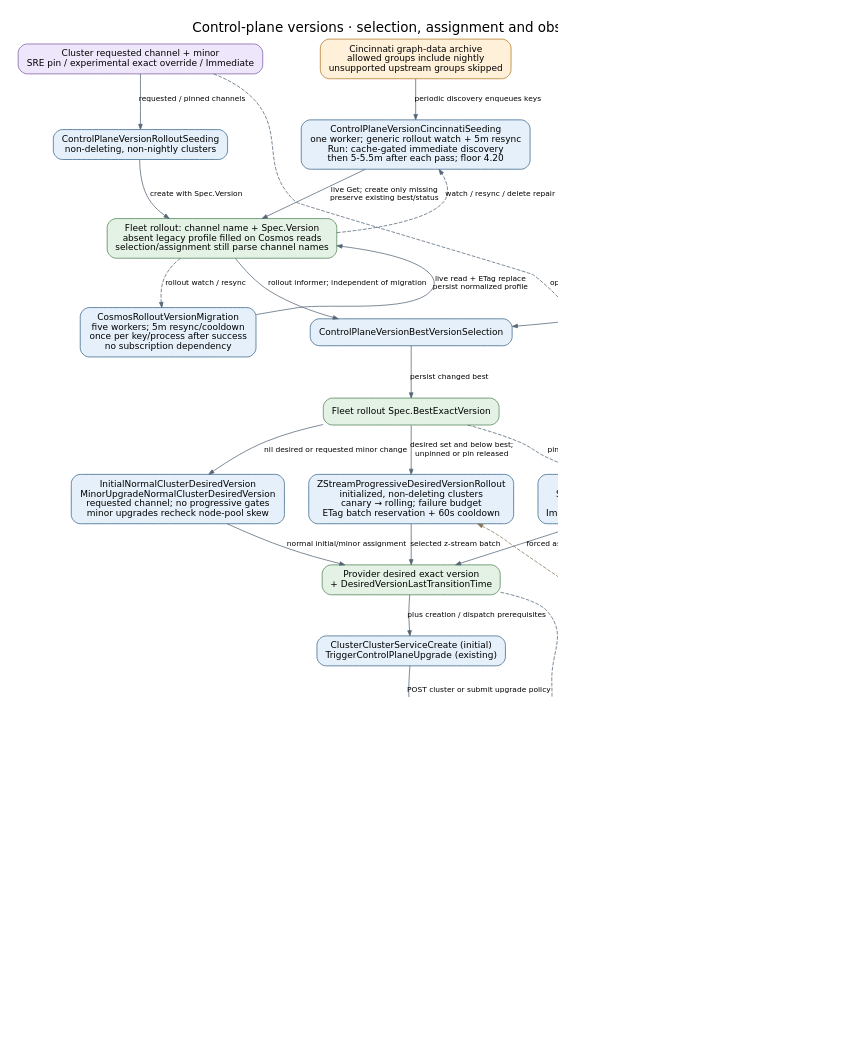
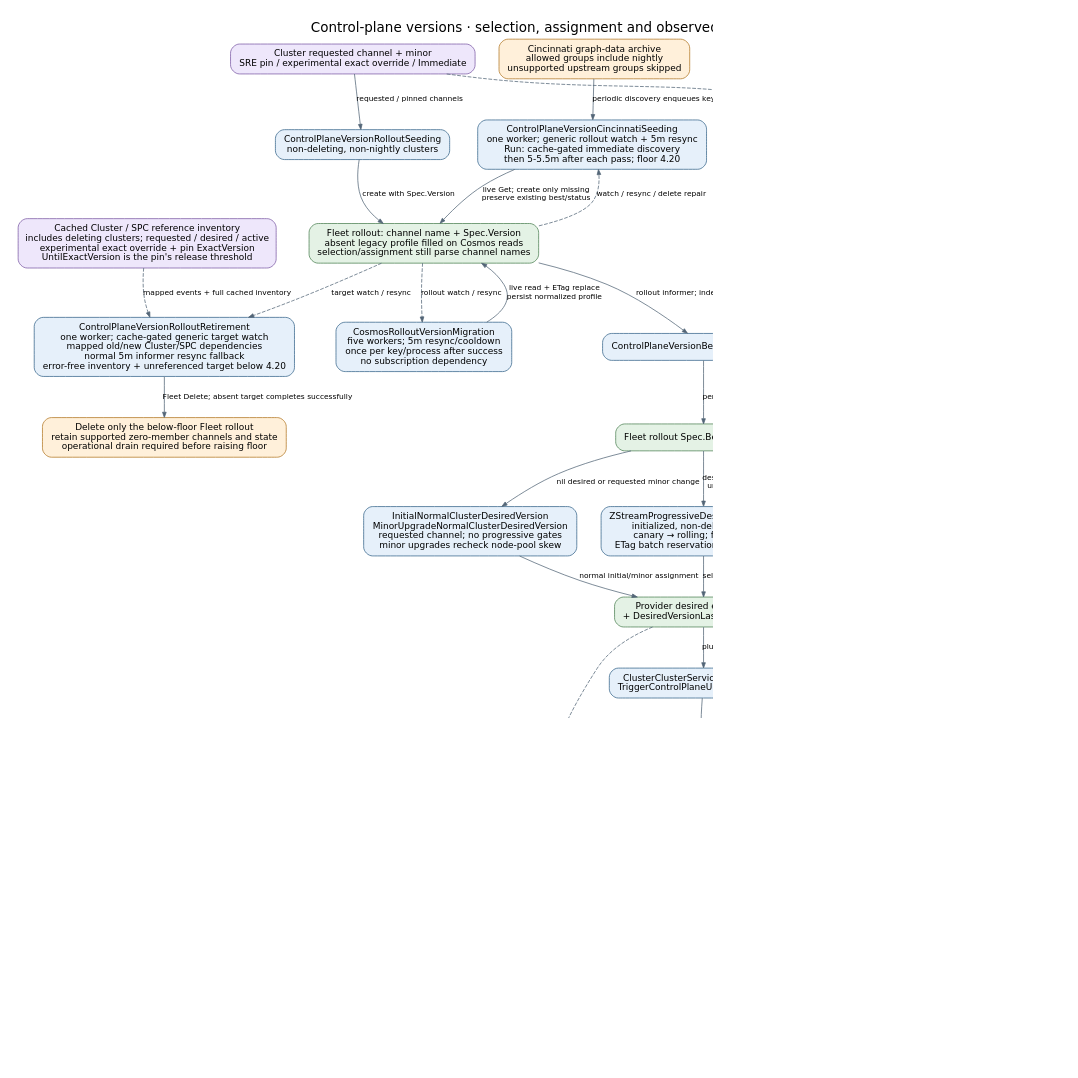
Before and after one commit to Azure/ARO-HCP: the diagram in docs/diagrams/controller-flows/control-plane-version-rollout.dot, drawn with Graphviz. The commit also changed 13 other files, not shown here.

First line of the commit message:
feat: retire unreferenced rollouts below the backend version floor

```diff
--- a/docs/diagrams/controller-flows/control-plane-version-rollout.dot
+++ b/docs/diagrams/controller-flows/control-plane-version-rollout.dot
@@ -1,49 +1,55 @@
 digraph control_plane_version_rollout {
   graph [rankdir=TB, bgcolor="white", pad="0.3", nodesep="0.45", ranksep="0.6", fontname="DejaVu Sans", fontsize=18, labelloc=t, label="Control-plane versions · selection, assignment and observed progress", dpi=110];
   node [shape=box, style="rounded,filled", fillcolor="#e6f0fa", color="#35648a", fontname="DejaVu Sans", fontsize=12, margin="0.16,0.10"];
   edge [color="#536577", fontname="DejaVu Sans", fontsize=10, arrowsize=0.7];
   request [label="Cluster requested channel + minor\nSRE pin / experimental exact override / Immediate", fillcolor="#eee7fb", color="#7b59a4"];
   seed [label="ControlPlaneVersionRolloutSeeding\nnon-deleting, non-nightly clusters"];
   discovery [label="Cincinnati graph-data archive\nallowed groups include nightly\nunsupported upstream groups skipped", fillcolor="#fff0da", color="#b27624"];
   cincinnati [label="ControlPlaneVersionCincinnatiSeeding\none worker; generic rollout watch + 5m resync\nRun: cache-gated immediate discovery\nthen 5-5.5m after each pass; floor 4.20"];
   rollout [label="Fleet rollout: channel name + Spec.Version\nabsent legacy profile filled on Cosmos reads\nselection/assignment still parse channel names", fillcolor="#e4f2e5", color="#4c8053"];
+  references [label="Cached Cluster / SPC reference inventory\nincludes deleting clusters; requested / desired / active\nexperimental exact override + pin ExactVersion\nUntilExactVersion is the pin's release threshold", fillcolor="#eee7fb", color="#7b59a4"];
+  retirement [label="ControlPlaneVersionRolloutRetirement\none worker; cache-gated generic target watch\nmapped old/new Cluster/SPC dependencies\nnormal 5m informer resync fallback\nerror-free inventory + unreferenced target below 4.20"];
+  retired [label="Delete only the below-floor Fleet rollout\nretain supported zero-member channels and state\noperational drain required before raising floor", fillcolor="#fff0da", color="#b27624"];
   migration [label="CosmosRolloutVersionMigration\nfive workers; 5m resync/cooldown\nonce per key/process after success\nno subscription dependency"];
   best [label="ControlPlaneVersionBestVersionSelection"];
   updategraph [label="OpenShift update graph\nstable offset 1; other channels offset 0\nrecency only; risk filtering is a follow-up", fillcolor="#fff0da", color="#b27624"];
   target [label="Fleet rollout Spec.BestExactVersion", fillcolor="#e4f2e5", color="#4c8053"];
   initial [label="InitialNormalClusterDesiredVersion\nMinorUpgradeNormalClusterDesiredVersion\nrequested channel; no progressive gates\nminor upgrades recheck node-pool skew"];
   normal [label="ZStreamProgressiveDesiredVersionRollout\ninitialized, non-deleting clusters\ncanary → rolling; failure budget\nETag batch reservation + 60s cooldown"];
   forced [label="ForcedClusterDesiredVersion\nSRE pin precedes experimental exact version\npin release at UntilExactVersion; otherwise\nImmediate follows best without progressive gates"];
   desired [label="Provider desired exact version\n+ DesiredVersionLastTransitionTime", fillcolor="#e4f2e5", color="#4c8053"];
   dispatch [label="ClusterClusterServiceCreate (initial)\nTriggerControlPlaneUpgrade (existing)"];
   external [label="Cluster Service / Maestro / HyperShift\nexternal control-plane convergence", fillcolor="#fff0da", color="#b27624"];
   observe [label="ReadDesireKubernetesController\n→ ControlPlaneActiveVersions"];
   history [label="Provider active versions + transition times\nCompleted entry confirms achieved version", fillcolor="#e4f2e5", color="#4c8053"];
   status [label="ControlPlaneVersionStatusCollector\nexclude missing / deleting clusters\naggregate counts; no assignments"];
   counts [label="Fleet status: desired / mismatched / failed\nachieved / successful\nsuccess age > 1h; mismatch timeout > 2h default", fillcolor="#e4f2e5", color="#4c8053"];
   request -> seed [label="requested / pinned channels"];
   seed -> rollout [label="create with Spec.Version"];
   discovery -> cincinnati [label="periodic discovery enqueues keys"];
   cincinnati -> rollout [label="live Get; create only missing\npreserve existing best/status"];
   rollout -> cincinnati [label="watch / resync / delete repair", style=dashed, constraint=false];
+  rollout -> retirement [label="target watch / resync", style=dashed];
+  references -> retirement [label="mapped events + full cached inventory", style=dashed];
+  retirement -> retired [label="Fleet Delete; absent target completes successfully"];
   rollout -> best [label="rollout informer; independent of migration"];
   rollout -> migration [label="rollout watch / resync", style=dashed];
   migration -> rollout [label="live read + ETag replace\npersist normalized profile", constraint=false];
   updategraph -> best [label="selectable version + configured floor"];
   best -> target [label="persist changed best"];
   target -> initial [label="nil desired or requested minor change"];
   target -> normal [label="desired set and below best;\nunpinned or pin released"];
   target -> forced [label="pin release / Immediate", style=dashed];
   request -> forced [label="optional override / Immediate", style=dashed, constraint=false];
   initial -> desired [label="normal initial/minor assignment"];
   normal -> desired [label="selected z-stream batch"];
   forced -> desired [label="forced assignment"];
   desired -> dispatch [label="plus creation / dispatch prerequisites"];
   dispatch -> external [label="POST cluster or submit upgrade policy"];
   external -> observe [label="mirrored HostedCluster history"];
   observe -> history [label="record observed state"];
   history -> status [label="completed version + age"];
   desired -> status [label="membership + target + age", style=dashed, constraint=false];
   status -> counts [label="persist only changed aggregates"];
   history -> normal [label="recompute decision counts\nfrom provider snapshot", style=dashed, color="#857456", constraint=false];
 }
```
